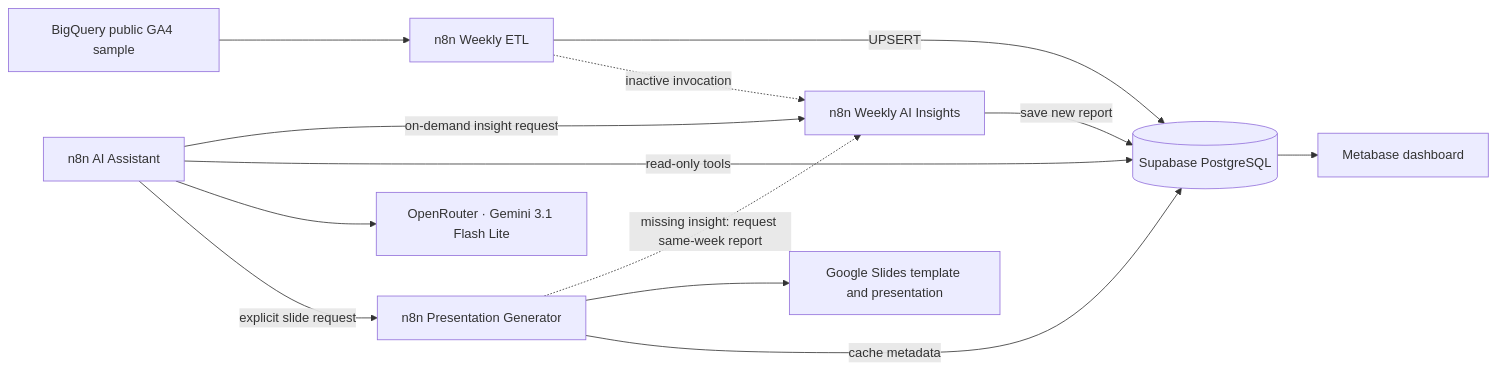
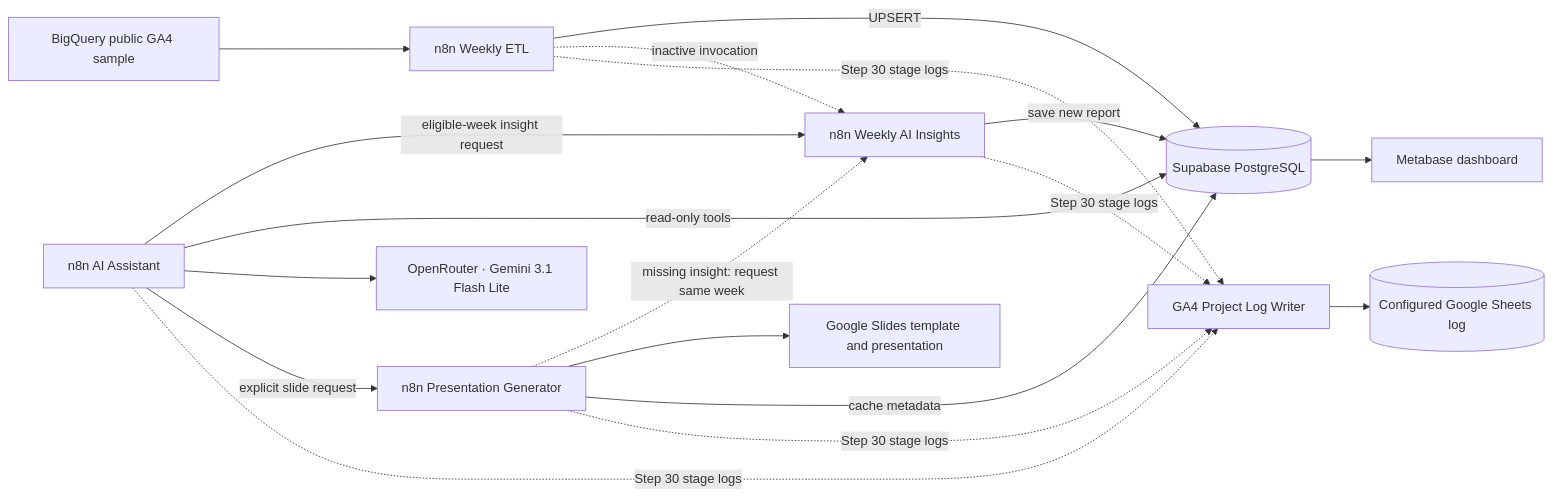
The diagram in README.md (cizmeli/ga4-ai-analytics-automation), drawn with Mermaid before and after one commit. The commit also changed other lines of this file and 16 other files, not shown here.

````diff
--- a/README.md
+++ b/README.md
@@ -22,15 +23,20 @@
-```mermaid
+~~~mermaid
 flowchart LR
   BQ[BigQuery public GA4 sample] --> ETL[n8n Weekly ETL]
   ETL -->|UPSERT| PG[(Supabase PostgreSQL)]
   ETL -. inactive invocation .-> INS[n8n Weekly AI Insights]
-  CHAT[n8n AI Assistant] -->|on-demand insight request| INS
+  CHAT[n8n AI Assistant] -->|eligible-week insight request| INS
   INS -->|save new report| PG
   PG --> MB[Metabase dashboard]
   CHAT -->|read-only tools| PG
   CHAT --> OR[OpenRouter · Gemini 3.1 Flash Lite]
   CHAT -->|explicit slide request| PRES[n8n Presentation Generator]
-  PRES -. missing insight: request same-week report .-> INS
+  PRES -. missing insight: request same week .-> INS
   PRES --> SL[Google Slides template and presentation]
   PRES -->|cache metadata| PG
-```
+  ETL -. Step 30 stage logs .-> LOG[GA4 Project Log Writer]
+  INS -. Step 30 stage logs .-> LOG
+  CHAT -. Step 30 stage logs .-> LOG
+  PRES -. Step 30 stage logs .-> LOG
+  LOG --> SHEETS[(Configured Google Sheets log)]
+~~~
````
